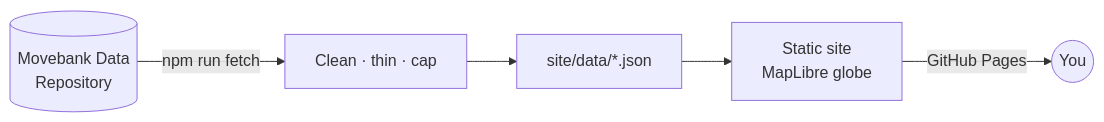
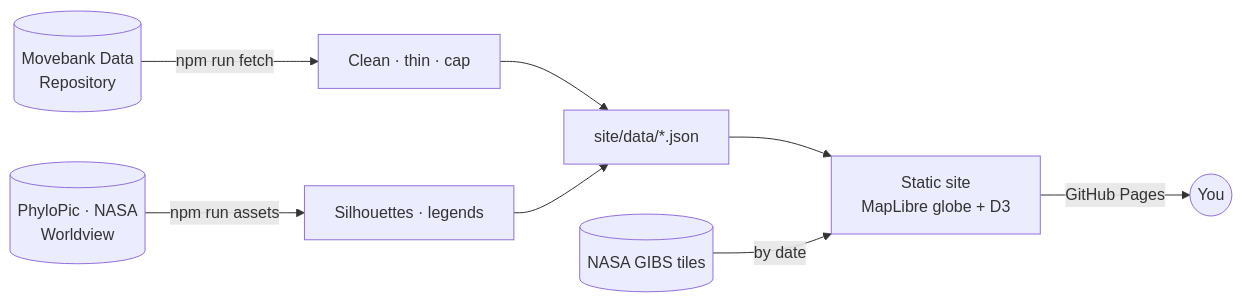
One commit to amalmehta/TrackTheMigration changed the diagram in README.md. Above: the diagram before and after it, drawn with Mermaid. The commit also changed other lines of this file and 37 other files, not shown here.

First line of the commit message:
Deep interactive viz: follow mode, linked charts, NASA layers, stories, cinematic redesign

````diff
--- a/README.md
+++ b/README.md
@@ -13,7 +15,10 @@
 ```mermaid
 flowchart LR
   MDR[(Movebank Data<br>Repository)] -->|npm run fetch| P[Clean · thin · cap]
+  PP[(PhyloPic · NASA<br>Worldview)] -->|npm run assets| A[Silhouettes · legends]
   P --> J[site/data/*.json]
-  J --> S[Static site<br>MapLibre globe]
+  A --> J
+  J --> S[Static site<br>MapLibre globe + D3]
+  G[(NASA GIBS tiles)] -->|by date| S
   S -->|GitHub Pages| You((You))
 ```
````
